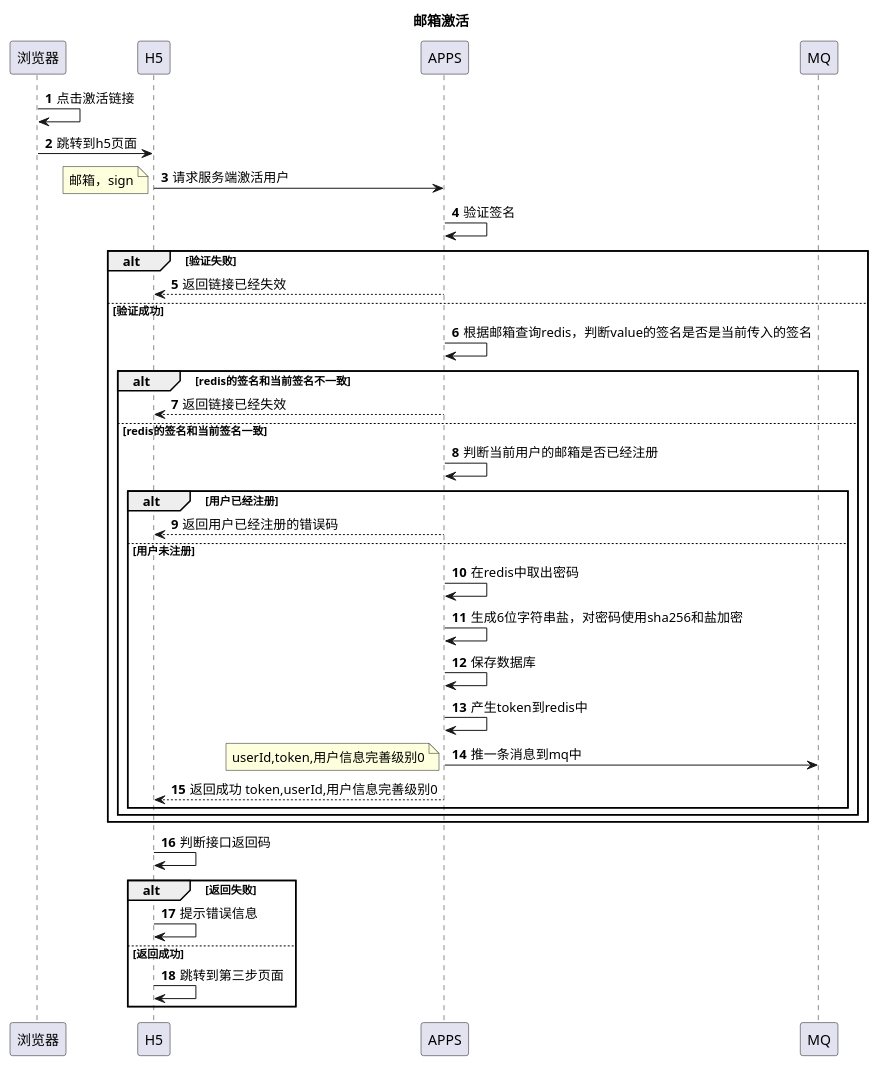
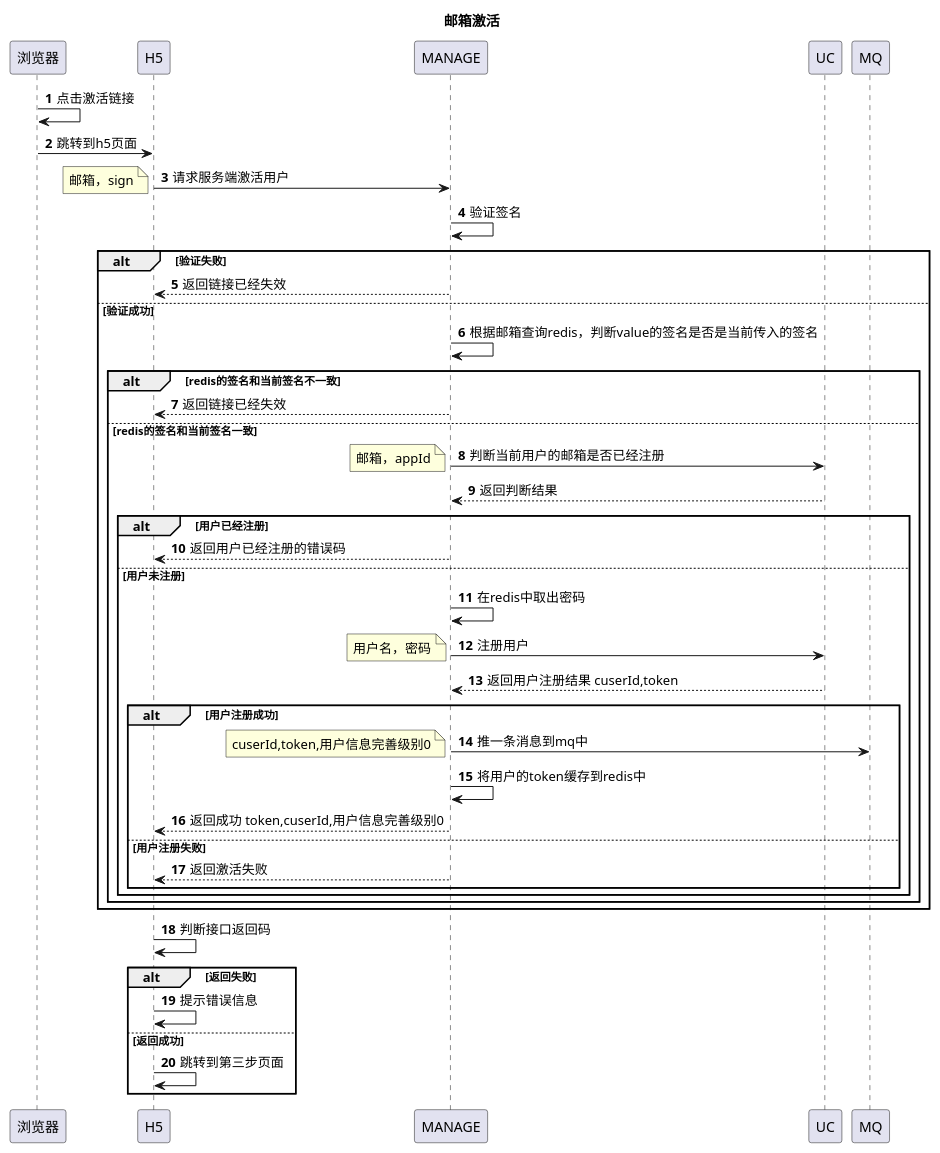
The diagram in doc/开放平台/邮箱激活.puml (13589080127/zc-test), drawn with PlantUML before and after one commit. The commit also changed 2 other files, not shown here.

```diff
--- a/doc/开放平台/邮箱激活.puml
+++ b/doc/开放平台/邮箱激活.puml
@@ -1,38 +1,45 @@
 @startuml
 title:邮箱激活
 autonumber
 浏览器->浏览器:点击激活链接
 浏览器->H5:跳转到h5页面
-H5->APPS:请求服务端激活用户
+H5->MANAGE:请求服务端激活用户
 note left:邮箱，sign
-APPS->APPS:验证签名
+MANAGE->MANAGE:验证签名
 alt 验证失败
-APPS-->H5:返回链接已经失效
+MANAGE-->H5:返回链接已经失效
 else 验证成功
-APPS->APPS:根据邮箱查询redis，判断value的签名是否是当前传入的签名
+MANAGE->MANAGE:根据邮箱查询redis，判断value的签名是否是当前传入的签名
 alt redis的签名和当前签名不一致
-APPS-->H5:返回链接已经失效
+MANAGE-->H5:返回链接已经失效
 else redis的签名和当前签名一致
-APPS->APPS:判断当前用户的邮箱是否已经注册
+MANAGE->UC:判断当前用户的邮箱是否已经注册
+note left:邮箱，appId
+UC-->MANAGE:返回判断结果
 alt 用户已经注册
-APPS-->H5:返回用户已经注册的错误码
+MANAGE-->H5:返回用户已经注册的错误码
 else 用户未注册
-APPS->APPS:在redis中取出密码
-APPS->APPS:生成6位字符串盐，对密码使用sha256和盐加密
-APPS->APPS:保存数据库
-APPS->APPS:产生token到redis中
-APPS->MQ:推一条消息到mq中
-note left:userId,token,用户信息完善级别0
-APPS-->H5:返回成功 token,userId,用户信息完善级别0
+MANAGE->MANAGE:在redis中取出密码
+MANAGE->UC:注册用户
+note left:用户名，密码
+UC-->MANAGE:返回用户注册结果 cuserId,token
+alt 用户注册成功
+MANAGE->MQ:推一条消息到mq中
+note left:cuserId,token,用户信息完善级别0
+MANAGE->MANAGE:将用户的token缓存到redis中
+MANAGE-->H5:返回成功 token,cuserId,用户信息完善级别0
+else 用户注册失败
+MANAGE-->H5:返回激活失败
+end
 end
 end
 end
 H5->H5:判断接口返回码
 alt 返回失败
 H5->H5: 提示错误信息
 else 返回成功
 H5->H5:跳转到第三步页面
 end
 
 
 @enduml
```
